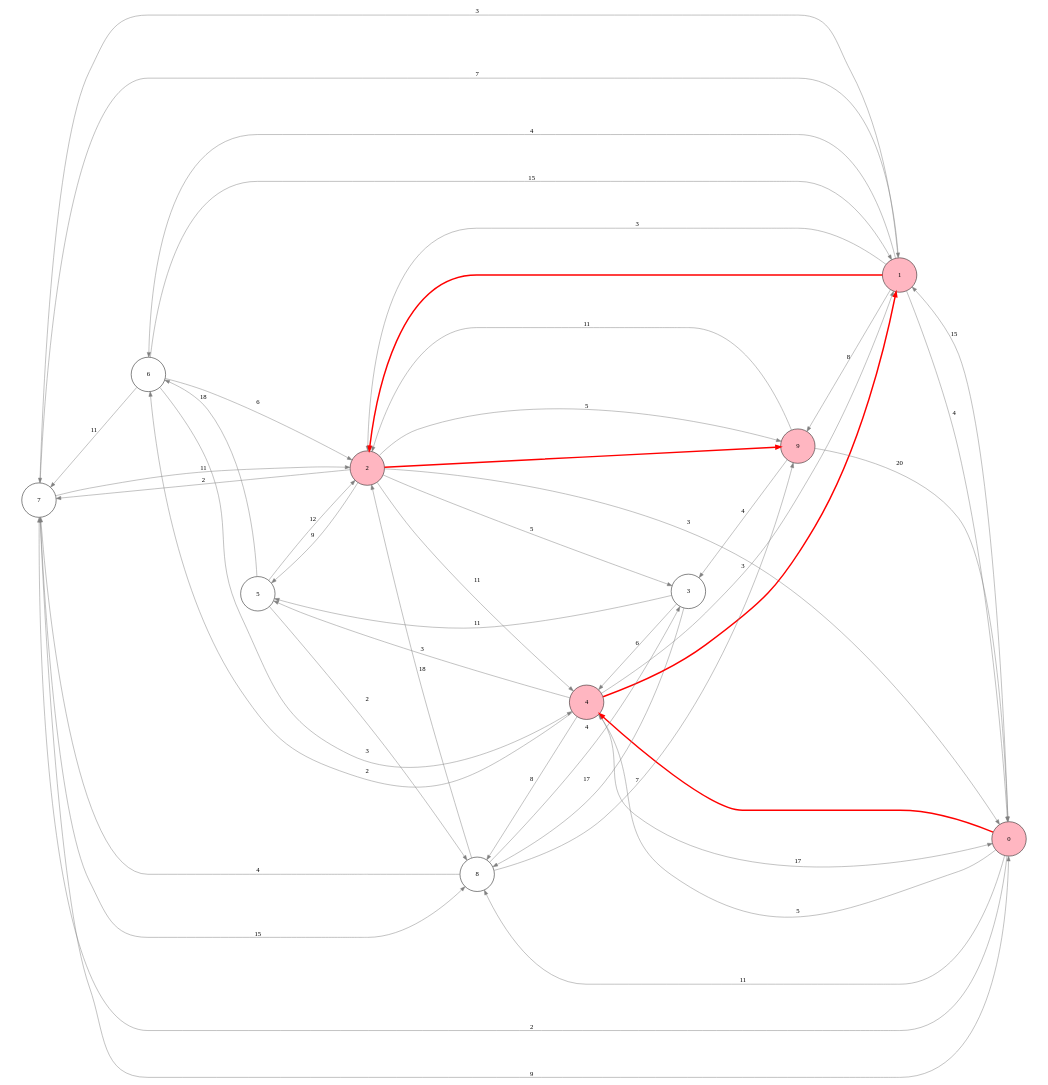
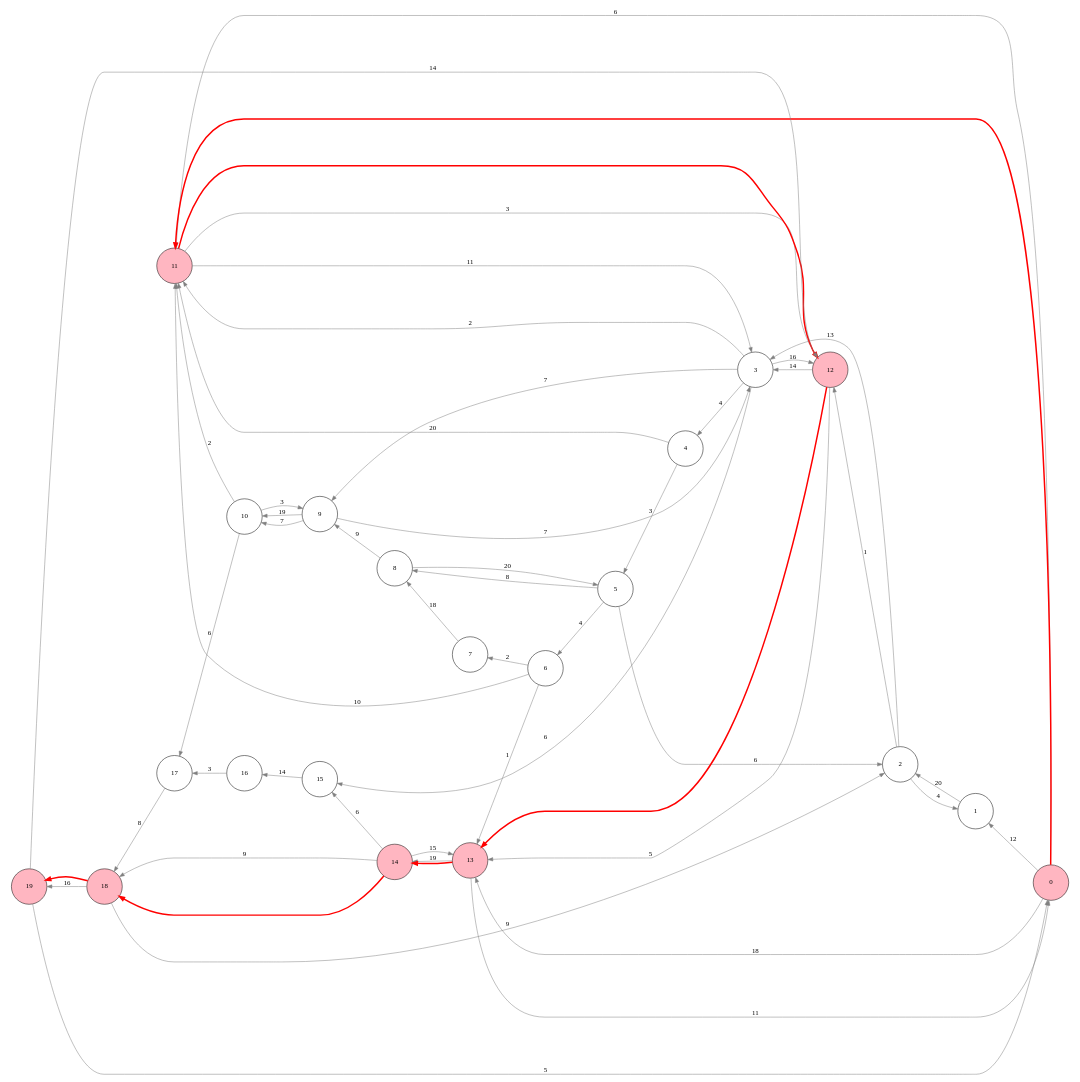
The diagram in src/ucs_graph.dot (yigitbickici/GraphTheory), drawn with Graphviz before and after one commit. The commit also changed 8 other files, not shown here.

```diff
--- a/src/ucs_graph.dot
+++ b/src/ucs_graph.dot
@@ -1,56 +1,64 @@
 digraph G {
     rankdir=RL;
     size="30,20";
     ratio=fill;
     node [shape=circle, fixedsize=true, width=1];
-    0 -> 1 [label="15", color=gray];
-    1 -> 2 [label="3", color=gray];
-    2 -> 3 [label="5", color=gray];
-    3 -> 4 [label="6", color=gray];
+    0 -> 1 [label="12", color=gray];
+    1 -> 2 [label="20", color=gray];
+    2 -> 3 [label="13", color=gray];
+    3 -> 4 [label="4", color=gray];
     4 -> 5 [label="3", color=gray];
-    5 -> 6 [label="18", color=gray];
-    6 -> 7 [label="11", color=gray];
-    7 -> 8 [label="15", color=gray];
-    8 -> 9 [label="7", color=gray];
-    9 -> 0 [label="20", color=gray];
-    0 -> 7 [label="2", color=gray];
-    7 -> 0 [label="9", color=gray];
-    2 -> 4 [label="11", color=gray];
-    3 -> 5 [label="11", color=gray];
-    2 -> 5 [label="9", color=gray];
-    5 -> 2 [label="12", color=gray];
-    8 -> 2 [label="18", color=gray];
-    9 -> 2 [label="11", color=gray];
-    2 -> 9 [label="5", color=gray];
-    4 -> 8 [label="8", color=gray];
-    4 -> 1 [label="3", color=gray];
-    2 -> 7 [label="2", color=gray];
-    7 -> 2 [label="11", color=gray];
-    1 -> 7 [label="3", color=gray];
-    7 -> 1 [label="7", color=gray];
-    6 -> 1 [label="15", color=gray];
-    1 -> 6 [label="4", color=gray];
-    0 -> 4 [label="5", color=gray];
-    4 -> 0 [label="17", color=gray];
-    6 -> 2 [label="6", color=gray];
-    0 -> 8 [label="11", color=gray];
-    8 -> 3 [label="4", color=gray];
-    3 -> 8 [label="17", color=gray];
-    8 -> 7 [label="4", color=gray];
-    6 -> 4 [label="3", color=gray];
-    4 -> 6 [label="2", color=gray];
-    1 -> 9 [label="8", color=gray];
-    2 -> 0 [label="3", color=gray];
-    1 -> 0 [label="4", color=gray];
-    5 -> 8 [label="2", color=gray];
-    9 -> 3 [label="4", color=gray];
+    5 -> 6 [label="4", color=gray];
+    6 -> 7 [label="2", color=gray];
+    7 -> 8 [label="18", color=gray];
+    8 -> 9 [label="9", color=gray];
+    9 -> 10 [label="19", color=gray];
+    10 -> 11 [label="2", color=gray];
+    11 -> 12 [label="3", color=gray];
+    12 -> 13 [label="5", color=gray];
+    13 -> 14 [label="19", color=gray];
+    14 -> 15 [label="6", color=gray];
+    15 -> 16 [label="14", color=gray];
+    16 -> 17 [label="3", color=gray];
+    17 -> 18 [label="8", color=gray];
+    18 -> 19 [label="16", color=gray];
+    19 -> 0 [label="5", color=gray];
+    13 -> 0 [label="11", color=gray];
+    0 -> 13 [label="18", color=gray];
+    14 -> 13 [label="15", color=gray];
+    11 -> 3 [label="11", color=gray];
+    3 -> 11 [label="2", color=gray];
+    9 -> 3 [label="7", color=gray];
+    3 -> 9 [label="7", color=gray];
+    10 -> 9 [label="3", color=gray];
+    9 -> 10 [label="7", color=gray];
+    19 -> 12 [label="14", color=gray];
+    4 -> 11 [label="20", color=gray];
+    12 -> 3 [label="14", color=gray];
+    3 -> 12 [label="16", color=gray];
+    8 -> 5 [label="20", color=gray];
+    5 -> 8 [label="8", color=gray];
+    5 -> 2 [label="6", color=gray];
+    10 -> 17 [label="6", color=gray];
+    2 -> 1 [label="4", color=gray];
+    3 -> 15 [label="6", color=gray];
+    2 -> 12 [label="1", color=gray];
+    6 -> 13 [label="1", color=gray];
+    14 -> 18 [label="9", color=gray];
+    0 -> 11 [label="6", color=gray];
+    6 -> 11 [label="10", color=gray];
+    18 -> 2 [label="9", color=gray];
     0 [style=filled, fillcolor=lightpink];
-    4 [style=filled, fillcolor=lightpink];
-    1 [style=filled, fillcolor=lightpink];
-    2 [style=filled, fillcolor=lightpink];
-    9 [style=filled, fillcolor=lightpink];
-    0 -> 4 [color=red, penwidth=3.0];
-    4 -> 1 [color=red, penwidth=3.0];
-    1 -> 2 [color=red, penwidth=3.0];
-    2 -> 9 [color=red, penwidth=3.0];
+    11 [style=filled, fillcolor=lightpink];
+    12 [style=filled, fillcolor=lightpink];
+    13 [style=filled, fillcolor=lightpink];
+    14 [style=filled, fillcolor=lightpink];
+    18 [style=filled, fillcolor=lightpink];
+    19 [style=filled, fillcolor=lightpink];
+    0 -> 11 [color=red, penwidth=3.0];
+    11 -> 12 [color=red, penwidth=3.0];
+    12 -> 13 [color=red, penwidth=3.0];
+    13 -> 14 [color=red, penwidth=3.0];
+    14 -> 18 [color=red, penwidth=3.0];
+    18 -> 19 [color=red, penwidth=3.0];
 }
```
